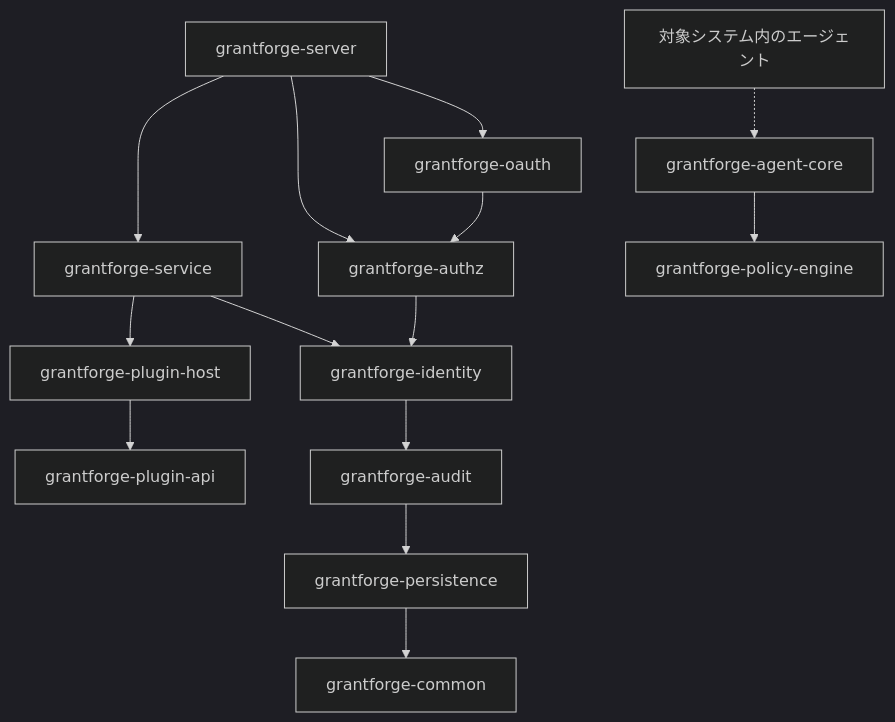
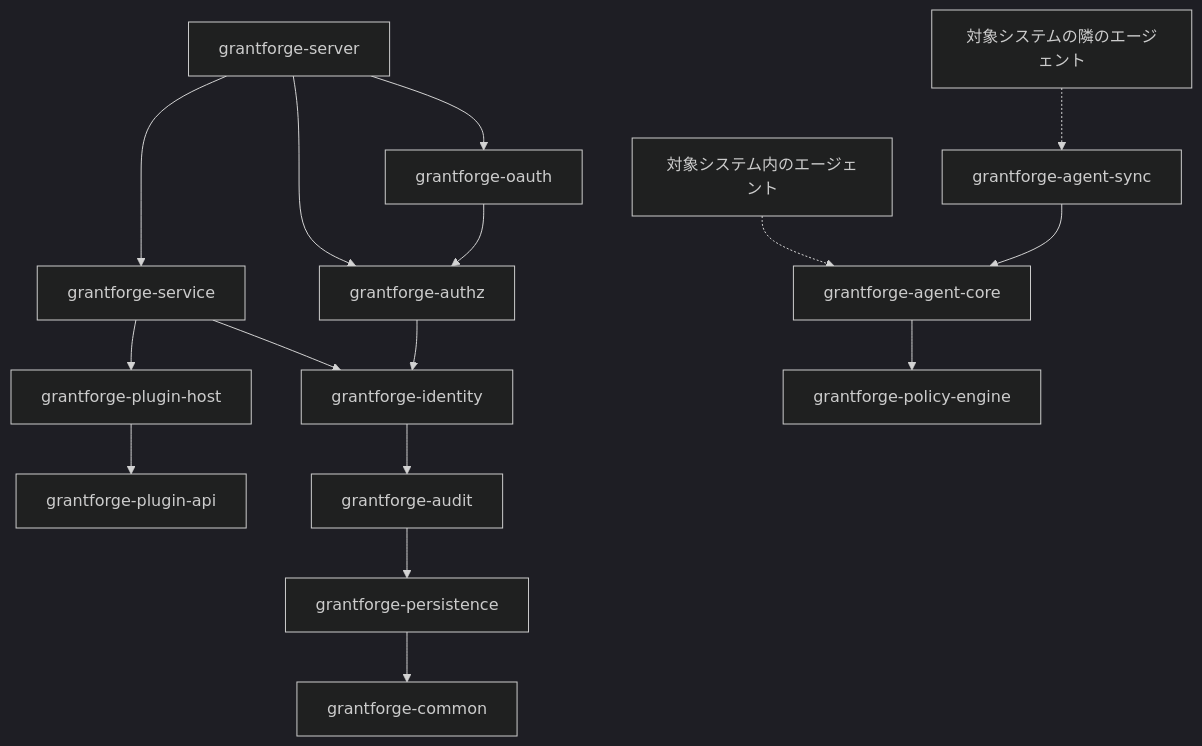
The first of 2 diagrams in docs/content/ja/architecture/overview.md (devlive-community/grantforge), drawn with Mermaid (dark theme) before and after one commit. The commit also changed other lines of this file and 21 other files, not shown here.

First line of the commit message:
docs(agent-sync): document the shared core of agents beside a system

````diff
--- a/docs/content/ja/architecture/overview.md
+++ b/docs/content/ja/architecture/overview.md
@@ -18,16 +18,18 @@
 ```mermaid
 flowchart TB
   server[grantforge-server] --> oauth[grantforge-oauth]
   server --> service[grantforge-service]
   server --> authz[grantforge-authz]
   oauth --> authz
   service --> host[grantforge-plugin-host]
   service --> identity
   host --> api[grantforge-plugin-api]
   authz --> identity[grantforge-identity]
   identity --> audit[grantforge-audit]
   audit --> persistence[grantforge-persistence]
   persistence --> common[grantforge-common]
   agent[対象システム内のエージェント] -.-> agentcore[grantforge-agent-core]
+  syncagent[対象システムの隣のエージェント] -.-> agentsync[grantforge-agent-sync]
+  agentsync --> agentcore
   agentcore --> engine[grantforge-policy-engine]
 ```
````
